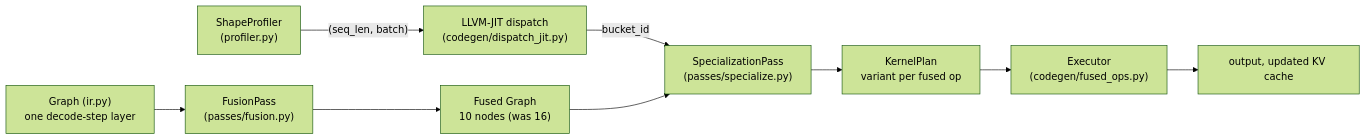
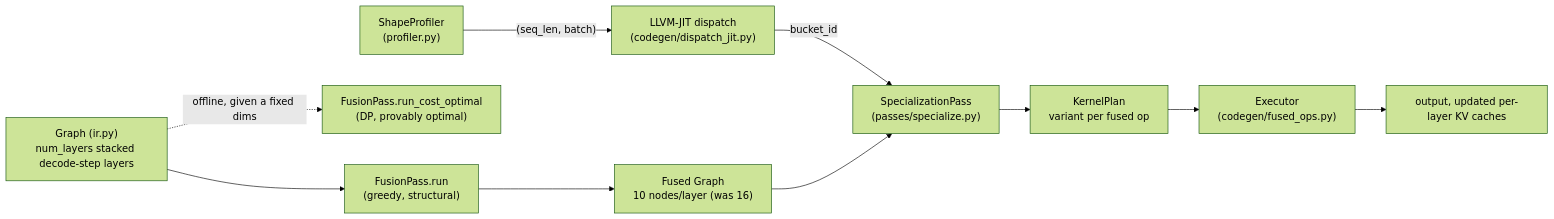
Before and after one commit to BornaBoyafraz/DRAKE---: the diagram in docs/ARCHITECTURE.md, drawn with Mermaid (forest theme). The commit also changed other lines of this file and 15 other files, not shown here.

First line of the commit message:
Add multi-layer decode graphs, cost-optimal fusion selection, and CI

````diff
--- a/docs/ARCHITECTURE.md
+++ b/docs/ARCHITECTURE.md
@@ -21,11 +21,12 @@
 ```mermaid
 flowchart LR
-    G["Graph (ir.py)\none decode-step layer"] --> F["FusionPass\n(passes/fusion.py)"]
-    F --> FG["Fused Graph\n10 nodes (was 16)"]
+    G["Graph (ir.py)\nnum_layers stacked decode-step layers"] --> F["FusionPass.run\n(greedy, structural)"]
+    G -.->|"offline, given a fixed dims"| FCO["FusionPass.run_cost_optimal\n(DP, provably optimal)"]
+    F --> FG["Fused Graph\n10 nodes/layer (was 16)"]
     P["ShapeProfiler\n(profiler.py)"] -->|"(seq_len, batch)"| D
     D["LLVM-JIT dispatch\n(codegen/dispatch_jit.py)"] -->|"bucket_id"| S
     FG --> S["SpecializationPass\n(passes/specialize.py)"]
     S --> KP["KernelPlan\nvariant per fused op"]
     KP --> E["Executor\n(codegen/fused_ops.py)"]
-    E --> OUT["output, updated KV cache"]
+    E --> OUT["output, updated per-layer KV caches"]
 ```
````
